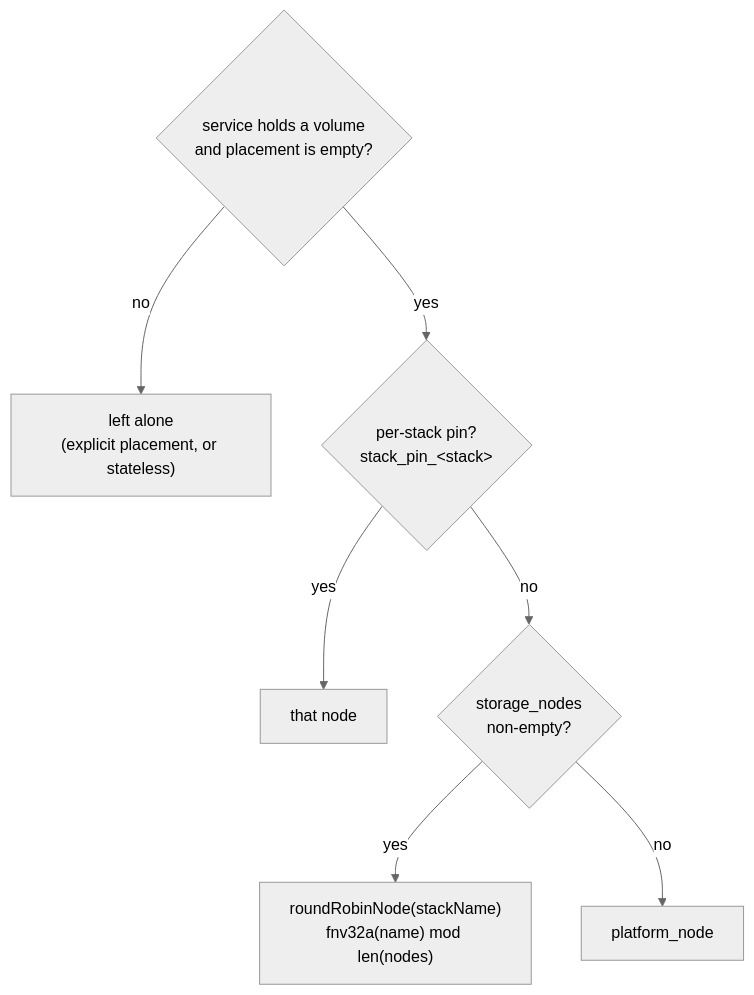
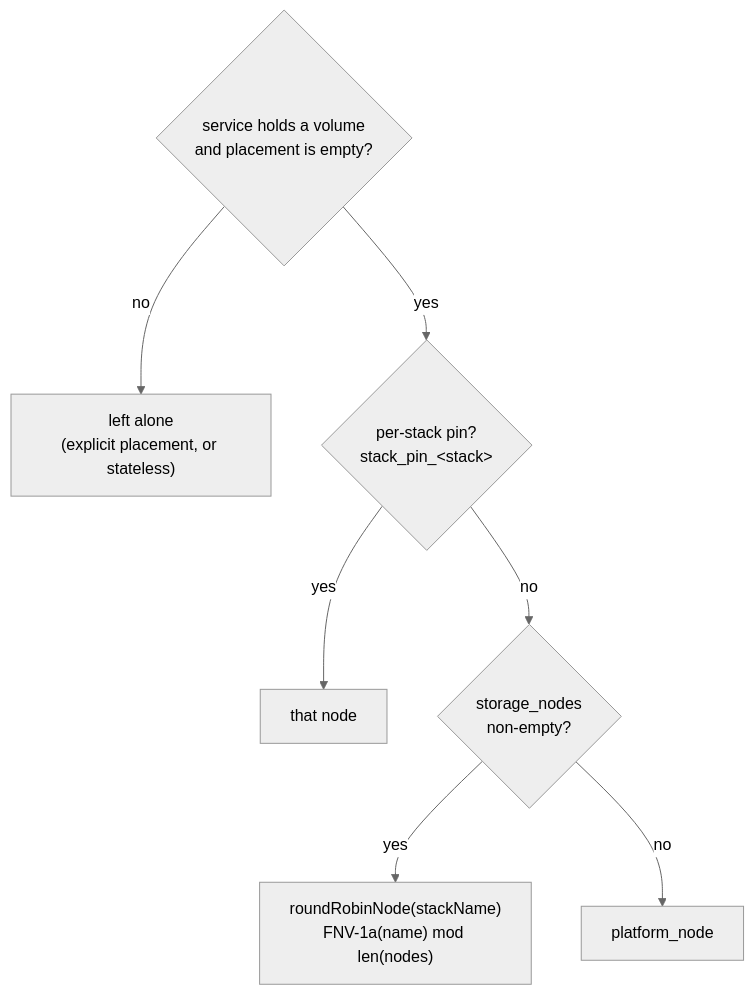
One commit to hazemarian/poor-man-cluster changed the second of 8 diagrams in docs/storage-and-databases.md. Above: the diagram before and after it, drawn with Mermaid (neutral theme). The commit also changed other lines of this file and 2 other files, not shown here.

First line of the commit message:
docs: name the placement hash correctly and consistently

````diff
--- a/docs/storage-and-databases.md
+++ b/docs/storage-and-databases.md
@@ -82,9 +82,9 @@
 ```mermaid
 flowchart TD
     S{"service holds a volume<br/>and placement is empty?"} -->|no| K["left alone<br/>(explicit placement, or stateless)"]
     S -->|yes| P{"per-stack pin?<br/>stack_pin_&lt;stack&gt;"}
     P -->|yes| R1["that node"]
     P -->|no| N{"storage_nodes<br/>non-empty?"}
-    N -->|yes| R2["roundRobinNode(stackName)<br/>fnv32a(name) mod len(nodes)"]
+    N -->|yes| R2["roundRobinNode(stackName)<br/>FNV-1a(name) mod len(nodes)"]
     N -->|no| R3["platform_node"]
 ```
````
